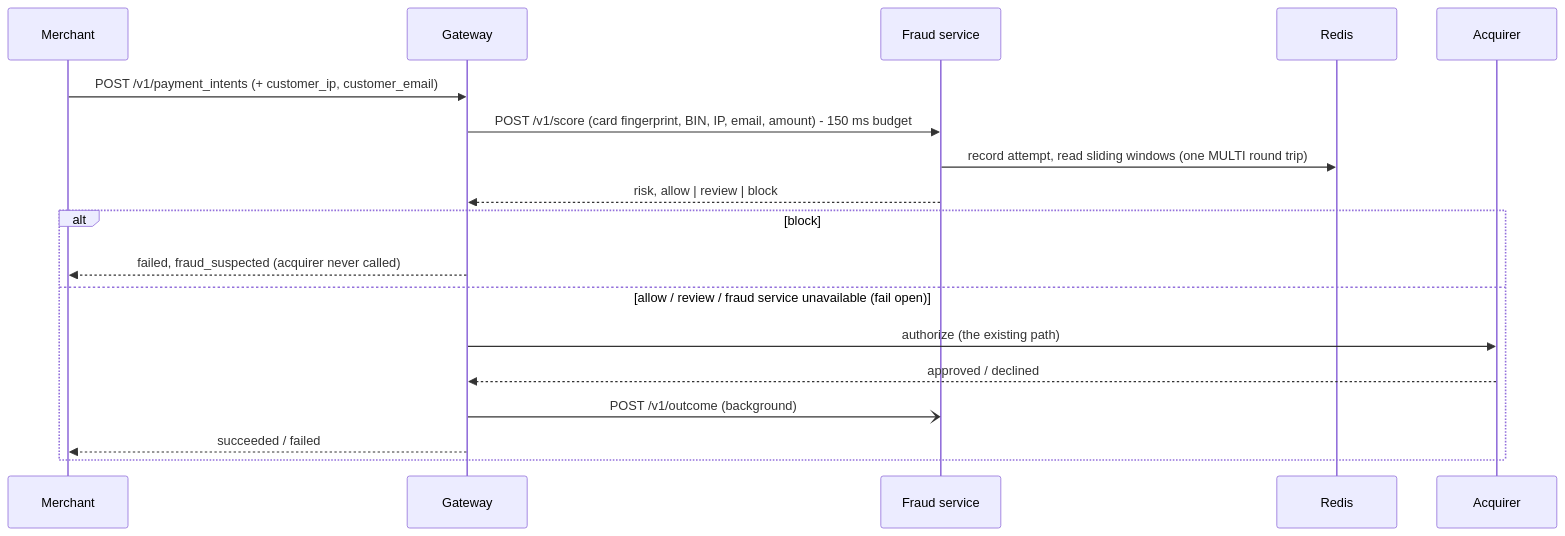
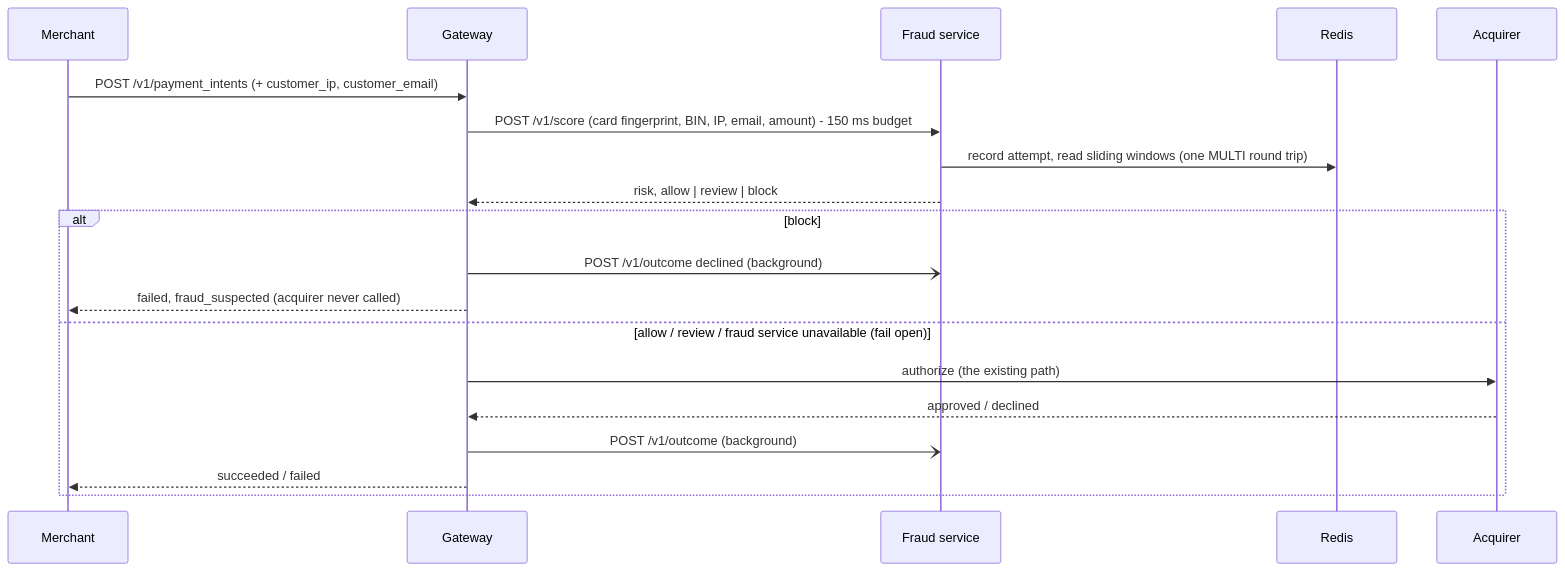
Before and after one commit to Anveeksha15/CARD_LIFECYCLE: the diagram in docs/fraud.md, drawn with Mermaid. The commit also changed other lines of this file and 10 other files, not shown here.

````diff
--- a/docs/fraud.md
+++ b/docs/fraud.md
@@ -15,21 +15,22 @@
 ```mermaid
 sequenceDiagram
     participant Merchant
     participant Gateway
     participant Fraud as Fraud service
     participant Redis
     participant Acquirer
 
     Merchant->>Gateway: POST /v1/payment_intents (+ customer_ip, customer_email)
     Gateway->>Fraud: POST /v1/score (card fingerprint, BIN, IP, email, amount) - 150 ms budget
     Fraud->>Redis: record attempt, read sliding windows (one MULTI round trip)
     Fraud-->>Gateway: risk, allow | review | block
     alt block
+        Gateway-)Fraud: POST /v1/outcome declined (background)
         Gateway-->>Merchant: failed, fraud_suspected (acquirer never called)
     else allow / review / fraud service unavailable (fail open)
         Gateway->>Acquirer: authorize (the existing path)
         Acquirer-->>Gateway: approved / declined
         Gateway-)Fraud: POST /v1/outcome (background)
         Gateway-->>Merchant: succeeded / failed
     end
 ```
````
